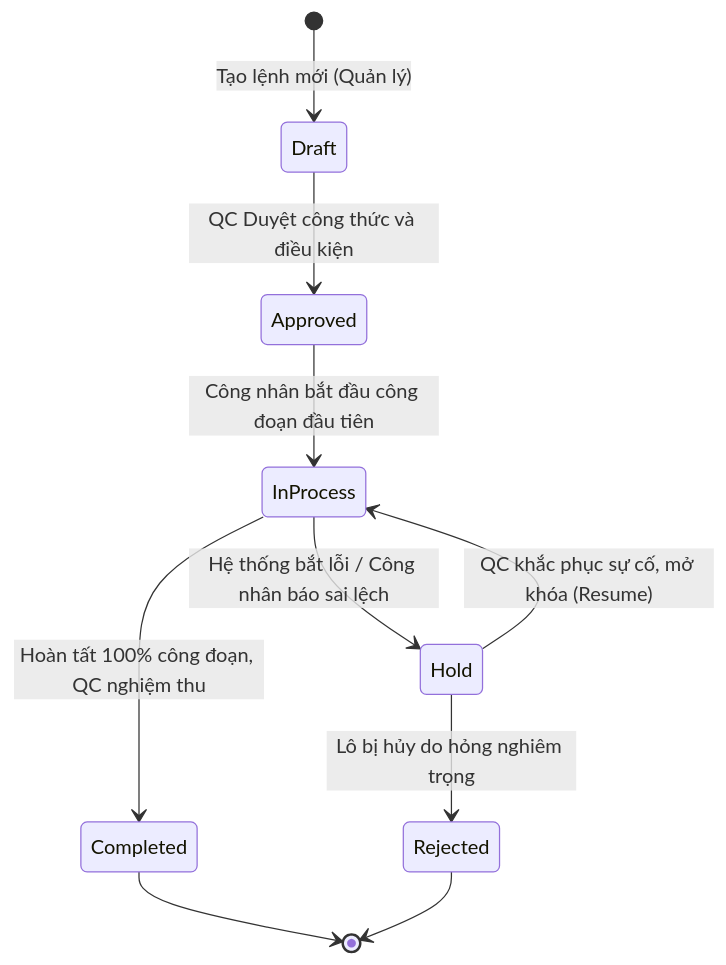
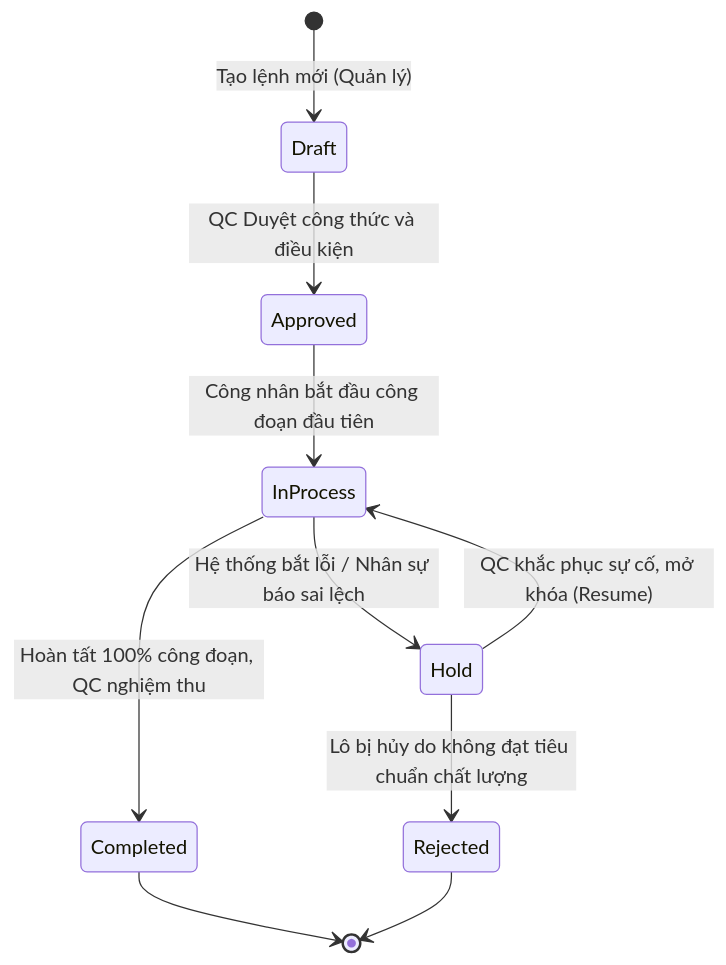
Before and after one commit to Johnyyd/DoAnTotNghiep: the third of 6 diagrams in DOCS/BaoCaoKhoaLuan/Report.md, drawn with Mermaid. The commit also changed other lines of this file and 2 other files, not shown here.

````diff
--- a/DOCS/BaoCaoKhoaLuan/Report.md
+++ b/DOCS/BaoCaoKhoaLuan/Report.md
@@ -254,12 +254,12 @@
 ```mermaid
 stateDiagram-v2
     [*] --> Draft : Tạo lệnh mới (Quản lý)
     Draft --> Approved : QC Duyệt công thức và điều kiện
     Approved --> InProcess : Công nhân bắt đầu công đoạn đầu tiên
-    InProcess --> Hold : Hệ thống bắt lỗi / Công nhân báo sai lệch
+    InProcess --> Hold : Hệ thống bắt lỗi / Nhân sự báo sai lệch
     Hold --> InProcess : QC khắc phục sự cố, mở khóa (Resume)
-    Hold --> Rejected : Lô bị hủy do hỏng nghiêm trọng
+    Hold --> Rejected : Lô bị hủy do không đạt tiêu chuẩn chất lượng
     InProcess --> Completed : Hoàn tất 100% công đoạn, QC nghiệm thu
     Completed --> [*]
     Rejected --> [*]
 ```
````
